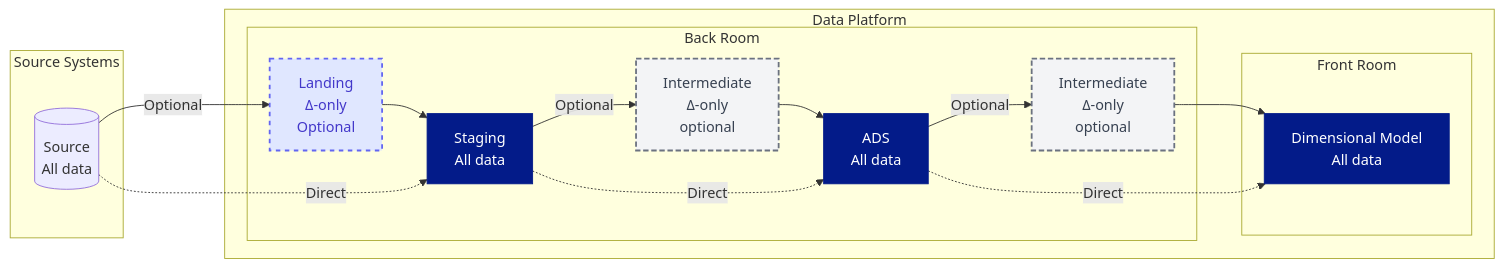
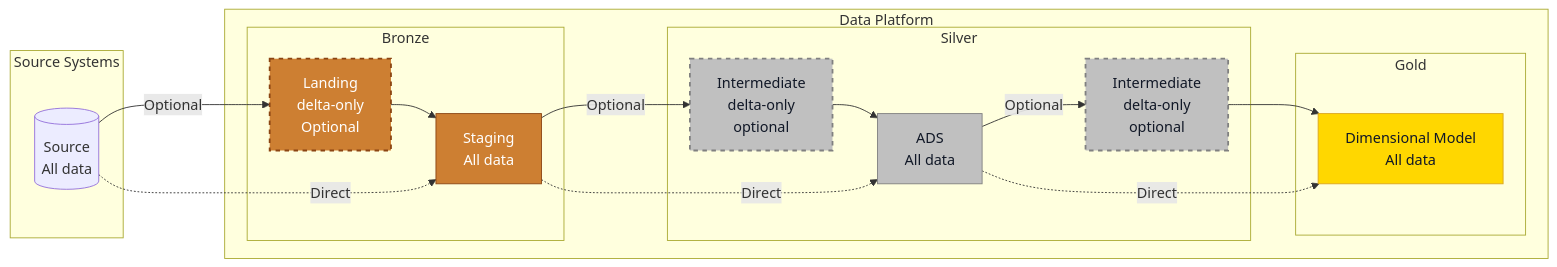
One commit to PlainsightPro/Vision-Playbook changed the second of 3 diagrams in Technical Guideline Ops/Architectural Principles/Data Layers and Modeling.md. Above: the diagram before and after it, drawn with Mermaid. The commit also changed other lines of this file and 18 other files, not shown here.

Commit message:
Updated to better align with Bronze/Silver/Gold

````diff
--- a/Technical Guideline Ops/Architectural Principles/Data Layers and Modeling.md
+++ b/Technical Guideline Ops/Architectural Principles/Data Layers and Modeling.md
@@ -81,39 +87,43 @@
 ```mermaid
 %%{init: { "flowchart": { "useMaxWidth": true } }}%%
 graph LR
 	subgraph Source Systems
 		S[(Source<br/>All data)]
 	end
 
     subgraph Data Platform
-        subgraph Back Room
-            L[Landing<br/>Δ-only<br/>Optional]:::optional
-            B[Staging<br/>All data]:::all
-            M1[Intermediate<br/>Δ-only<br>optional]:::delta
-            CONF[ADS<br/>All data]:::all
-            M2[Intermediate<br/>Δ-only<br>optional]:::delta
+        subgraph Bronze
+            L[Landing<br/>delta-only<br/>Optional]:::bronzeOptional
+            B[Staging<br/>All data]:::bronze
         end
 
-        subgraph Front Room
-            D[Dimensional Model<br/>All data]:::all
+        subgraph Silver
+            M1[Intermediate<br/>delta-only<br>optional]:::silverOptional
+            CONF[ADS<br/>All data]:::silver
+            M2[Intermediate<br/>delta-only<br>optional]:::silverOptional
+        end
+
+        subgraph Gold
+            D[Dimensional Model<br/>All data]:::gold
         end
     end
 	
 %% Flows
 S -->|Optional| L
 L --> B
 S -.->|Direct| B
 B --> |Optional|M1
 M1 --> CONF
 B -.-> |Direct|CONF
 CONF --> |Optional|M2
 M2 --> D
 CONF -.-> |Direct|D
 
-
 %% Node styles
-classDef delta fill:#F3F4F6,stroke:#6B7280,stroke-width:2px,stroke-dasharray:6 3,color:#374151;
-classDef all fill:#031B89,stroke:#031B89,stroke-width:1px,color:#FFFFFF;
-classDef optional fill:#E0E7FF,stroke:#6366F1,stroke-width:2px,stroke-dasharray:5 5,color:#4338CA;
+classDef bronze fill:#CD7F32,stroke:#8B4513,stroke-width:1px,color:#FFFFFF;
+classDef bronzeOptional fill:#CD7F32,stroke:#8B4513,stroke-width:2px,stroke-dasharray:5 5,color:#FFFFFF;
+classDef silver fill:#C0C0C0,stroke:#808080,stroke-width:1px,color:#111827;
+classDef silverOptional fill:#C0C0C0,stroke:#808080,stroke-width:2px,stroke-dasharray:5 5,color:#111827;
+classDef gold fill:#FFD700,stroke:#DAA520,stroke-width:1px,color:#111827;
 class A,C blueBox;
 ```
````
